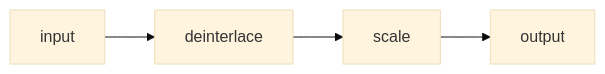
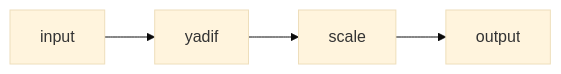
The third of 5 diagrams in draft/ffmpeg/detailed.md (showa-yojyo/sunset), drawn with Mermaid (base theme) before and after one commit. The commit also changed other lines of this file and 3 other files, not shown here.

````diff
--- a/draft/ffmpeg/detailed.md
+++ b/draft/ffmpeg/detailed.md
@@ -54,4 +73,4 @@
 ```mermaid
 flowchart LR
-  input --> deinterlace --> scale --> output
+  input --> yadif --> scale --> output
 ```
````
